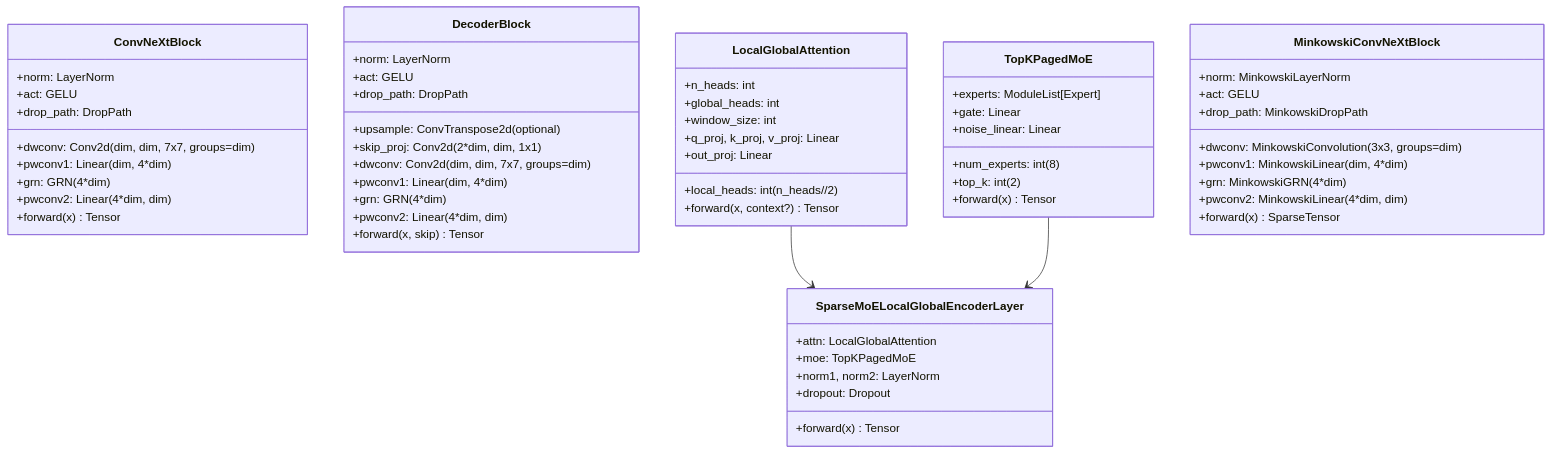
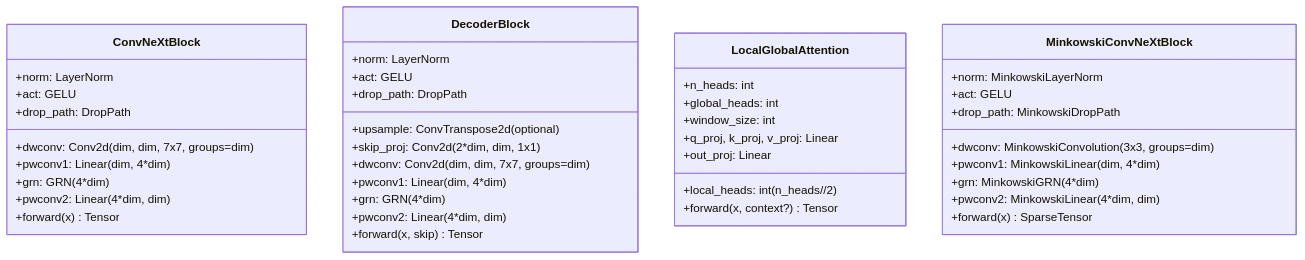
The first of 10 diagrams in docs/Architecture.md (hoangtung386/Prometheus), drawn with Mermaid before and after one commit. The commit also changed other lines of this file and 8 other files, not shown here.

````diff
--- a/docs/Architecture.md
+++ b/docs/Architecture.md
@@ -27,67 +27,48 @@
 ```mermaid
 classDiagram
     class ConvNeXtBlock {
         +dwconv: Conv2d(dim, dim, 7x7, groups=dim)
         +norm: LayerNorm
         +pwconv1: Linear(dim, 4*dim)
         +act: GELU
         +grn: GRN(4*dim)
         +pwconv2: Linear(4*dim, dim)
         +drop_path: DropPath
         +forward(x) Tensor
     }
 
     class DecoderBlock {
         +upsample: ConvTranspose2d (optional)
         +skip_proj: Conv2d(2*dim, dim, 1x1)
         +dwconv: Conv2d(dim, dim, 7x7, groups=dim)
         +norm: LayerNorm
         +pwconv1: Linear(dim, 4*dim)
         +act: GELU
         +grn: GRN(4*dim)
         +pwconv2: Linear(4*dim, dim)
         +drop_path: DropPath
         +forward(x, skip) Tensor
     }
 
     class LocalGlobalAttention {
         +n_heads: int
         +local_heads: int (n_heads//2)
         +global_heads: int
         +window_size: int
         +q_proj, k_proj, v_proj: Linear
         +out_proj: Linear
         +forward(x, context?) Tensor
     }
 
-    class TopKPagedMoE {
-        +num_experts: int (8)
-        +top_k: int (2)
-        +experts: ModuleList[Expert]
-        +gate: Linear
-        +noise_linear: Linear
-        +forward(x) Tensor
-    }
-
-    class SparseMoELocalGlobalEncoderLayer {
-        +attn: LocalGlobalAttention
-        +moe: TopKPagedMoE
-        +norm1, norm2: LayerNorm
-        +dropout: Dropout
-        +forward(x) Tensor
-    }
-
     class MinkowskiConvNeXtBlock {
         +dwconv: MinkowskiConvolution(3x3, groups=dim)
         +norm: MinkowskiLayerNorm
         +pwconv1: MinkowskiLinear(dim, 4*dim)
         +act: GELU
         +grn: MinkowskiGRN(4*dim)
         +pwconv2: MinkowskiLinear(4*dim, dim)
         +drop_path: MinkowskiDropPath
         +forward(x) SparseTensor
     }
 
-    LocalGlobalAttention --> SparseMoELocalGlobalEncoderLayer
-    TopKPagedMoE --> SparseMoELocalGlobalEncoderLayer
 ```
````
